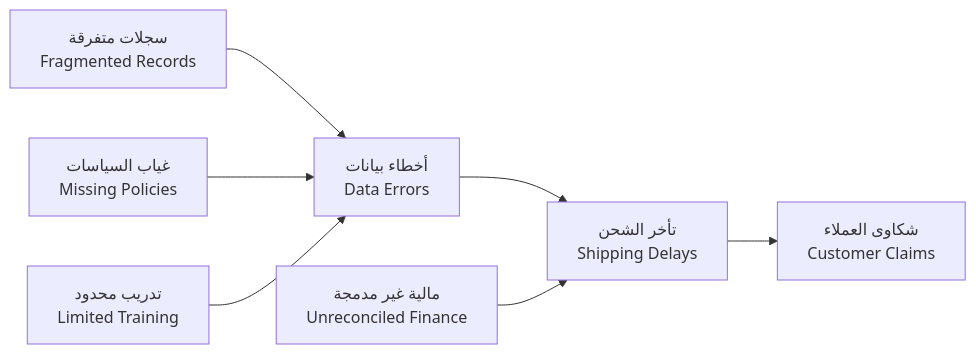
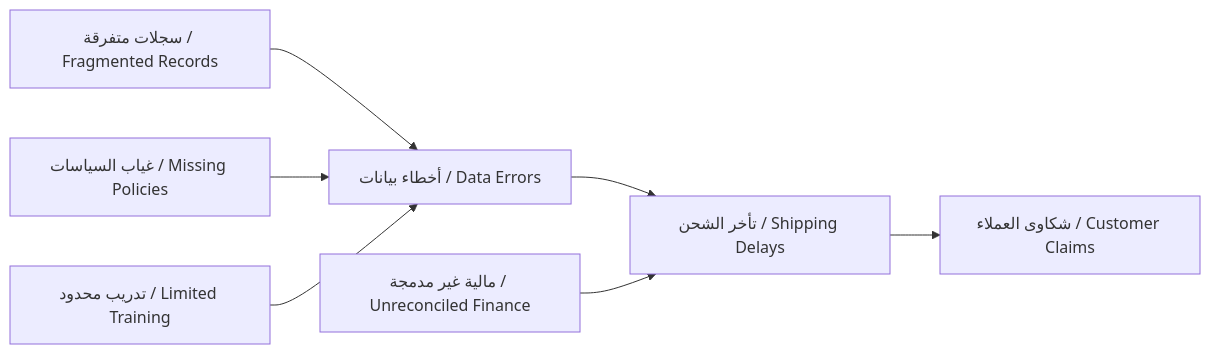
One commit to Ash69g/Documentation-Study changed the third of 5 diagrams in docs/01-vision/01-vision.md. Above: the diagram before and after it, drawn with Mermaid. The commit also changed other lines of this file and 15 other files, not shown here.

````diff
--- a/docs/01-vision/01-vision.md
+++ b/docs/01-vision/01-vision.md
@@ -150,9 +134,9 @@
 ```mermaid
 flowchart LR
-    Legacy["سجلات متفرقة\nFragmented Records"] --> Errors["أخطاء بيانات\nData Errors"]
-    Errors --> Delays["تأخر الشحن\nShipping Delays"]
-    Delays --> Claims["شكاوى العملاء\nCustomer Claims"]
-    Finance["مالية غير مدمجة\nUnreconciled Finance"] --> Delays
-    Policies["غياب السياسات\nMissing Policies"] --> Errors
-    Skills["تدريب محدود\nLimited Training"] --> Errors
+    Legacy["سجلات متفرقة / Fragmented Records"] --> Errors["أخطاء بيانات / Data Errors"]
+    Errors --> Delays["تأخر الشحن / Shipping Delays"]
+    Delays --> Claims["شكاوى العملاء / Customer Claims"]
+    Finance["مالية غير مدمجة / Unreconciled Finance"] --> Delays
+    Policies["غياب السياسات / Missing Policies"] --> Errors
+    Skills["تدريب محدود / Limited Training"] --> Errors
 ```
````
